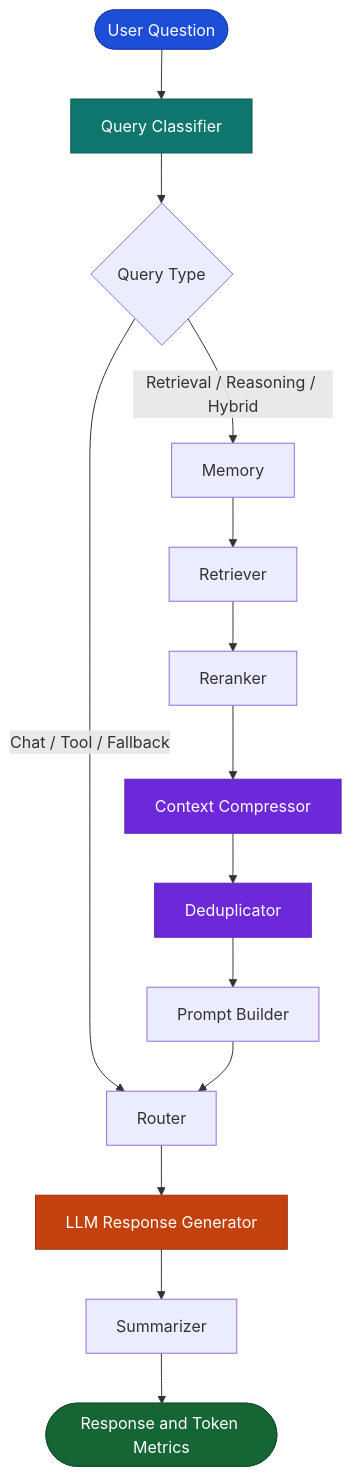
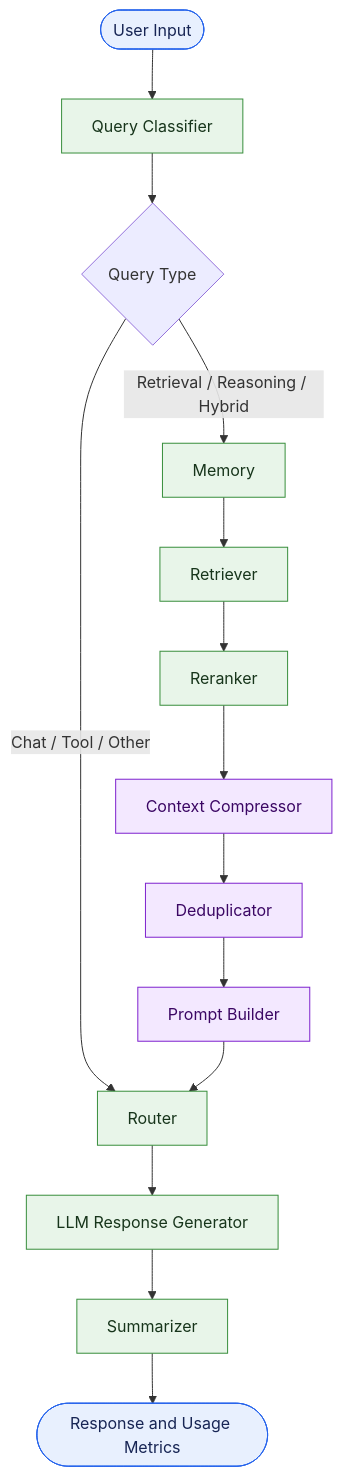
The diagram in README.md (maahii-in/token-cost-cutting), drawn with Mermaid before and after one commit. The commit also changed other lines of this file, not shown here.

````diff
--- a/README.md
+++ b/README.md
@@ -64,27 +75,29 @@
 ```mermaid
 flowchart TD
-    A([User Question]) --> B[Query Classifier]
+    A([User Input]) --> B[Query Classifier]
 
     B --> C{Query Type}
 
-    C -->|Chat / Tool / Fallback| H[Router]
+    C -->|Chat / Tool / Other| H[Router]
     C -->|Retrieval / Reasoning / Hybrid| D[Memory]
 
     D --> E[Retriever]
     E --> F[Reranker]
     F --> G[Context Compressor]
     G --> I[Deduplicator]
     I --> J[Prompt Builder]
+    J --> H
 
-    J --> H
     H --> K[LLM Response Generator]
     K --> L[Summarizer]
-    L --> M([Response and Token Metrics])
+    L --> M([Response and Usage Metrics])
 
-    style A fill:#1D4ED8,color:#FFFFFF,stroke:#1E40AF
-    style B fill:#0F766E,color:#FFFFFF,stroke:#115E59
-    style G fill:#6D28D9,color:#FFFFFF,stroke:#5B21B6
-    style I fill:#6D28D9,color:#FFFFFF,stroke:#5B21B6
-    style K fill:#C2410C,color:#FFFFFF,stroke:#9A3412
-    style M fill:#166534,color:#FFFFFF,stroke:#14532D
+    classDef input fill:#E8F0FE,stroke:#2563EB,color:#172554
+    classDef processing fill:#E8F5E9,stroke:#388E3C,color:#17351B
+    classDef optimize fill:#F3E8FF,stroke:#7E22CE,color:#3B0764
+    classDef output fill:#FFF4E5,stroke:#D97706,color:#78350F
+
+    class A,M input
+    class B,D,E,F,H,K,L processing
+    class G,I,J optimize
 ```
````
